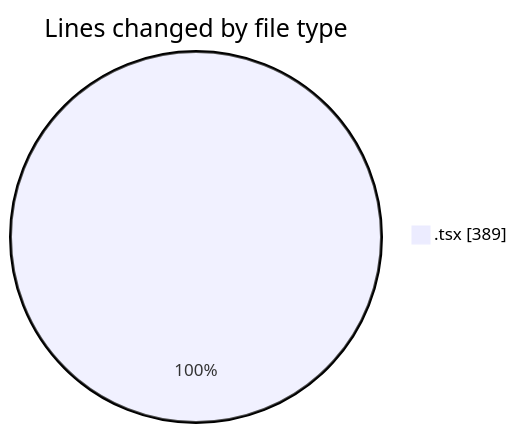
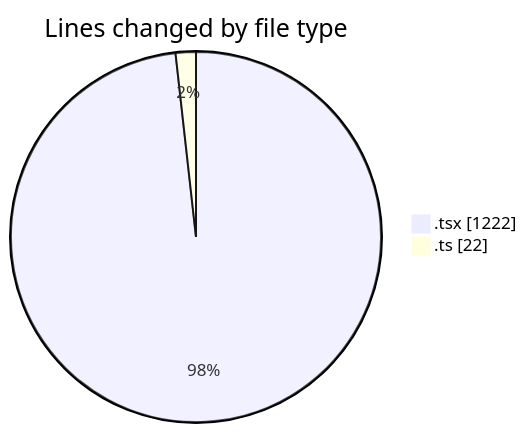
Before and after one commit to nxtqubesakshisongat/code-tracking: the first of 2 diagrams in 2026-03-06/nxtqube_webapp/README.md, drawn with Mermaid. The commit also changed other lines of this file and 1 other file, not shown here.

````diff
--- a/2026-03-06/nxtqube_webapp/README.md
+++ b/2026-03-06/nxtqube_webapp/README.md
@@ -20,5 +22,6 @@
 ```mermaid
 pie showData
 title Lines changed by file type
-".tsx" : 389
+".tsx" : 1222
+".ts" : 22
 ```
````
